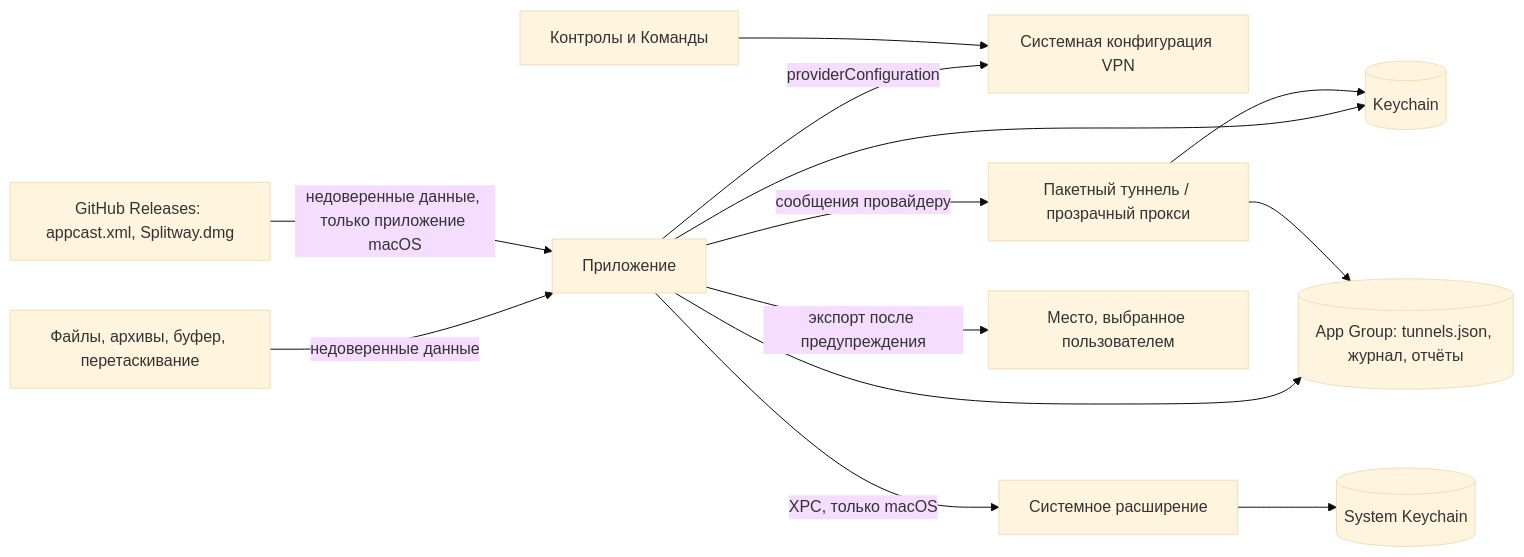
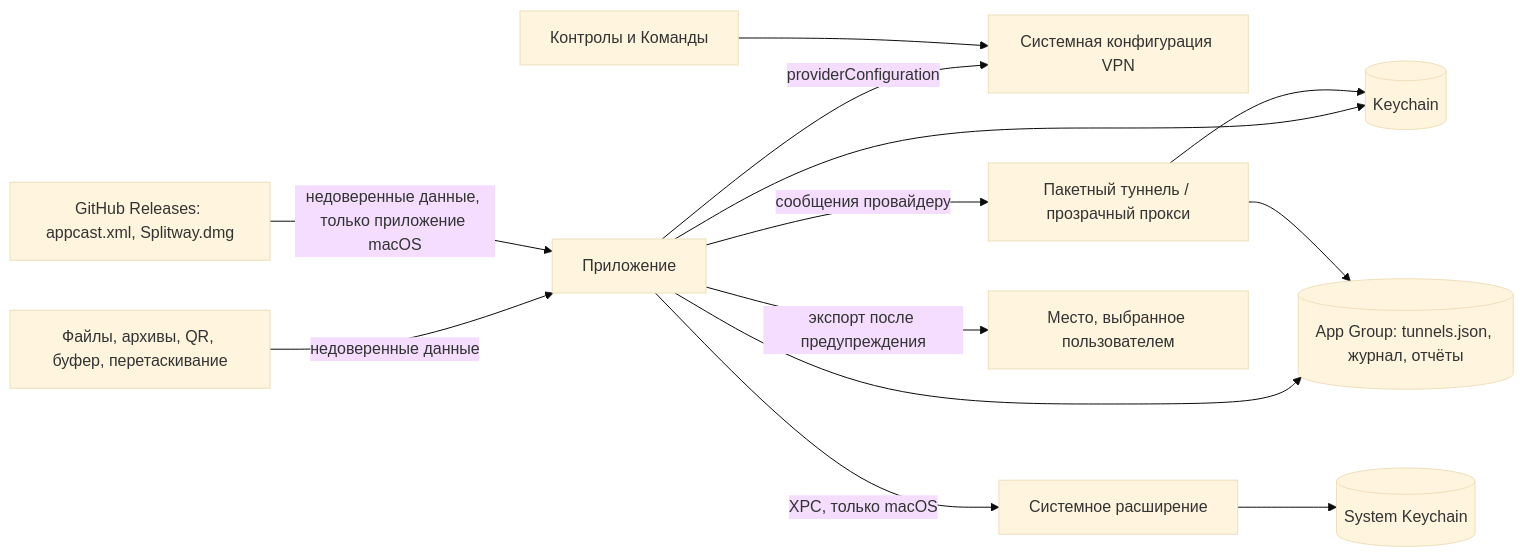
One commit to facelessdiplomat/splitway changed the diagram in docs/security.md. Above: the diagram before and after it, drawn with Mermaid (base theme). The commit also changed other lines of this file and 9 other files, not shown here.

First line of the commit message:
docs: describe the iOS build in the architecture and security documents

````diff
--- a/docs/security.md
+++ b/docs/security.md
@@ -19,15 +19,15 @@
 ```mermaid
 flowchart LR
-  Sources[Файлы, архивы, буфер, перетаскивание] -->|недоверенные данные| App[Приложение]
+  Sources[Файлы, архивы, QR, буфер, перетаскивание] -->|недоверенные данные| App[Приложение]
   App --> Keychain[(Keychain)]
   App --> Group[(App Group: tunnels.json, журнал, отчёты)]
   App -->|providerConfiguration| VPN[Системная конфигурация VPN]
   App -->|сообщения провайдеру| Tunnel[Пакетный туннель / прозрачный прокси]
   App -->|XPC, только macOS| SystemExtension[Системное расширение]
   SystemExtension --> SystemKeychain[(System Keychain)]
   Tunnel --> Keychain
   Tunnel --> Group
   Controls[Контролы и Команды] --> VPN
   App -->|экспорт после предупреждения| Destination[Место, выбранное пользователем]
   GitHub[GitHub Releases: appcast.xml, Splitway.dmg] -->|недоверенные данные, только приложение macOS| App
 ```
````
